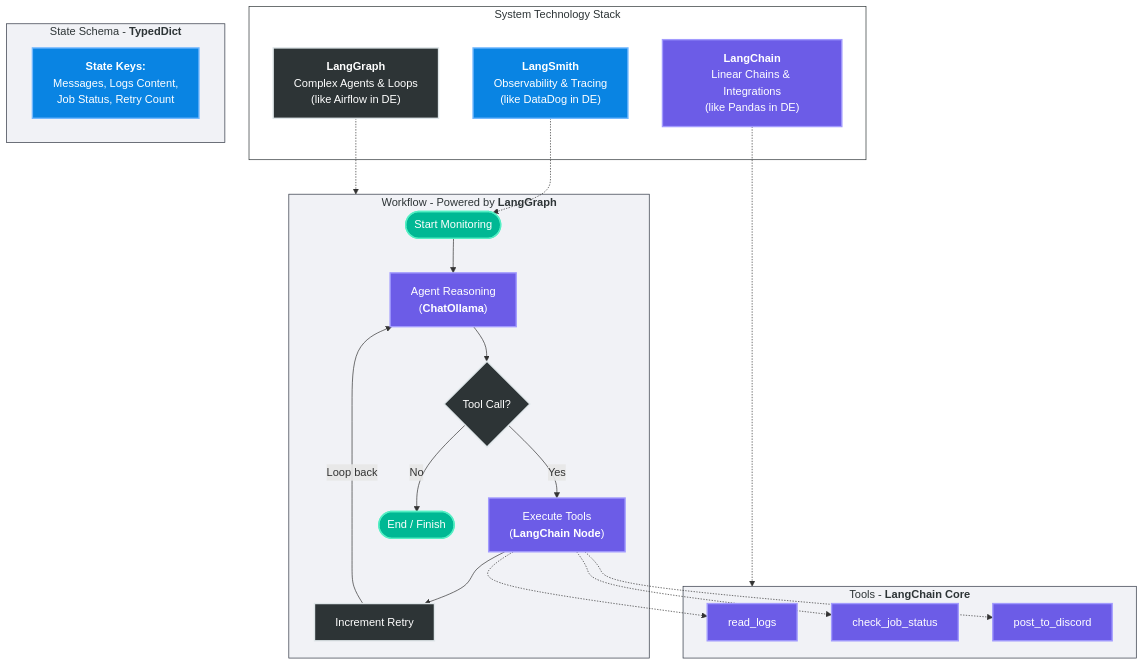
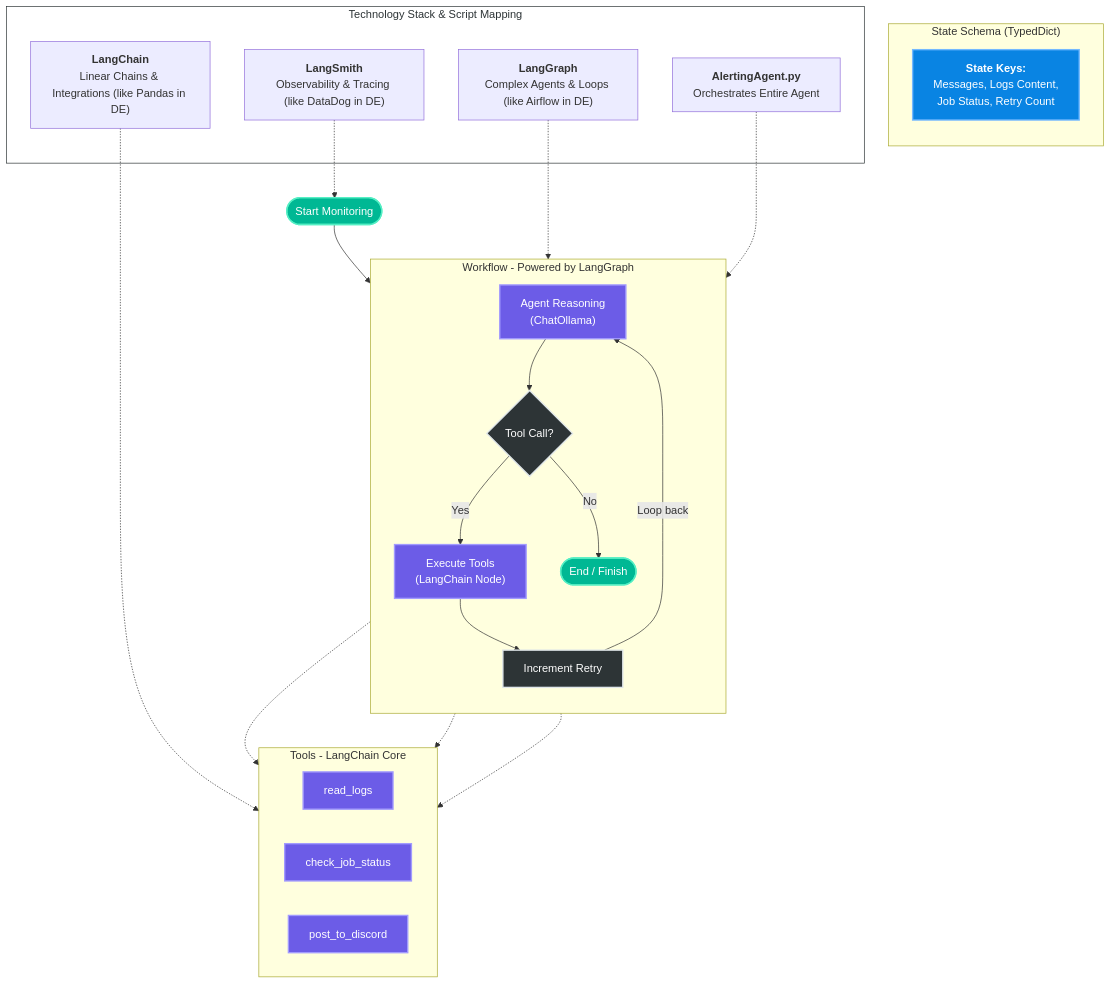
One commit to visuvishwa99/agentic-ai-foundations changed the diagram in week5/AlertingAgent.mmd. Above: the diagram before and after it, drawn with Mermaid. The commit also changed 16 other files, not shown here.

```diff
--- a/week5/AlertingAgent.mmd
+++ b/week5/AlertingAgent.mmd
@@ -1,57 +1,64 @@
 flowchart TD
-    %% Global Graph Configuration
+    %% Start Interaction
+    Start(["Start Monitoring"]) --> AgentNode["Agent Reasoning<br/>(ChatOllama)"]
     
-    %% --- Section 1: Technology Stack Reference ---
-    subgraph Tech_Stack [System Technology Stack]
-        Stack1["<b>LangGraph</b><br/>Complex Agents & Loops<br/>(like Airflow in DE)"]:::logic
-        Stack2["<b>LangSmith</b><br/>Observability & Tracing<br/>(like DataDog in DE)"]:::storage
-        Stack3["<b>LangChain</b><br/>Linear Chains & Integrations<br/>(like Pandas in DE)"]:::process
-    end
-
-    %% --- Section 2: Agent State (Memory) ---
-    subgraph State_Schema [State Schema - <b>TypedDict</b>]
-        StateItems["<b>State Keys:</b><br/>Messages, Logs Content,<br/>Job Status, Retry Count"]:::storage
-    end
-
-    %% --- Section 3: Cyclic Workflow ---
-    subgraph Agent_Loop [Workflow - Powered by <b>LangGraph</b>]
-        Start([Start Monitoring]):::user --> AgentNode["Agent Reasoning<br/>(<b>ChatOllama</b>)"]:::process
+    %% Cyclic Workflow Subgraph
+    subgraph Agent_Loop [Workflow - Powered by LangGraph]
+        direction TB
+        AgentNode --> Router{"Tool Call?"}
         
-        AgentNode --> Router{"Tool Call?"}:::logic
+        Router -- Yes --> ToolNode["Execute Tools<br/>(LangChain Node)"]
+        Router -- No --> EndNode(["End / Finish"])
         
-        Router -- Yes --> ToolNode["Execute Tools<br/>(<b>LangChain Node</b>)"]:::process
-        Router -- No --> EndNode([End / Finish]):::user
-        
-        ToolNode --> RetryNode[Increment Retry]:::logic
+        ToolNode --> RetryNode["Increment Retry"]
         RetryNode -- Loop back --> AgentNode
     end
 
-    %% --- Section 4: Tools ---
-    subgraph Tools_Layer [Tools - <b>LangChain Core</b>]
-        T1[read_logs]:::process
-        T2[check_job_status]:::process
-        T3[post_to_discord]:::process
+    %% State Schema Subgraph
+    subgraph State_Schema ["State Schema (TypedDict)"]
+        direction TB
+        StateItems["<b>State Keys:</b><br/>Messages, Logs Content,<br/>Job Status, Retry Count"]
+    end
+
+    %% Tools Subgraph
+    subgraph Tools_Layer ["Tools - LangChain Core"]
+        direction LR
+        T1["read_logs"]
+        T2["check_job_status"]
+        T3["post_to_discord"]
     end
     
-    %% Visual Connections between Stack and Logic (Dash lines)
+    %% Technology Stack & Script Mapping
+    subgraph Tech_Stack [Technology Stack & Script Mapping]
+        Stack1["<b>LangGraph</b><br/>Complex Agents & Loops (like Airflow in DE)"]
+        Stack2["<b>LangSmith</b><br/>Observability & Tracing (like DataDog in DE)"]
+        Stack3["<b>LangChain</b><br/>Linear Chains & Integrations (like Pandas in DE)"]
+        AgentScript["<b>AlertingAgent.py</b><br/>Orchestrates Entire Agent"]
+    end
+
+    %% Visual Connections
     Stack1 -.-> Agent_Loop
     Stack3 -.-> Tools_Layer
     Stack2 -.-> Start
     
-    %% Connect Tools to Execution Node
     ToolNode -.-> T1
     ToolNode -.-> T2
     ToolNode -.-> T3
+
+    %% Script-to-Architecture Mapping
+    AgentScript -.-> Agent_Loop
     
-    %% Styling to match Subgraphs
+    %% Apply Styles
+    class Start,EndNode user
+    class AgentNode,ToolNode,T1,T2,T3 process
+    class Router,RetryNode logic
+    class StateItems storage
+
     style Tech_Stack fill:#fff,stroke:#2d3436,stroke-width:1px,color:#2d3436
-    style State_Schema fill:#f1f2f6,stroke:#2f3542,stroke-width:1px,color:#2d3436
-    style Agent_Loop fill:#f1f2f6,stroke:#2f3542,stroke-width:1px,color:#2d3436
-    style Tools_Layer fill:#f1f2f6,stroke:#2f3542,stroke-width:1px,color:#2d3436
 
     %% Global Style Block
     classDef logic fill:#2d3436,stroke:#dfe6e9,stroke-width:2px,color:#fff
     classDef storage fill:#0984e3,stroke:#74b9ff,stroke-width:2px,color:#fff
     classDef process fill:#6c5ce7,stroke:#a29bfe,stroke-width:2px,color:#fff
     classDef user fill:#00b894,stroke:#55efc4,stroke-width:2px,color:#fff
     classDef group fill:#f1f2f6,stroke:#2f3542,stroke-width:1px,color:#2d3436
```
